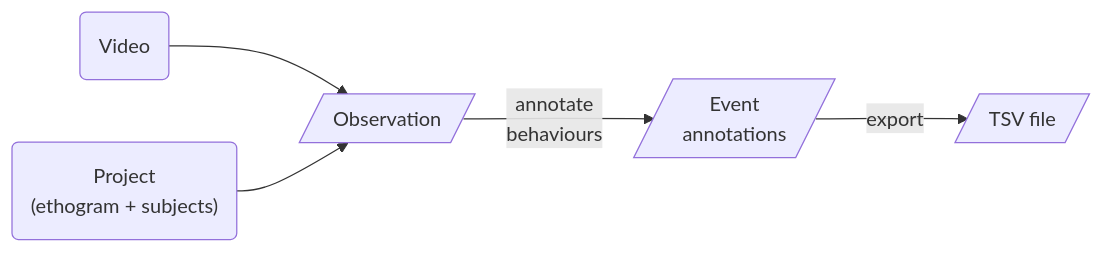
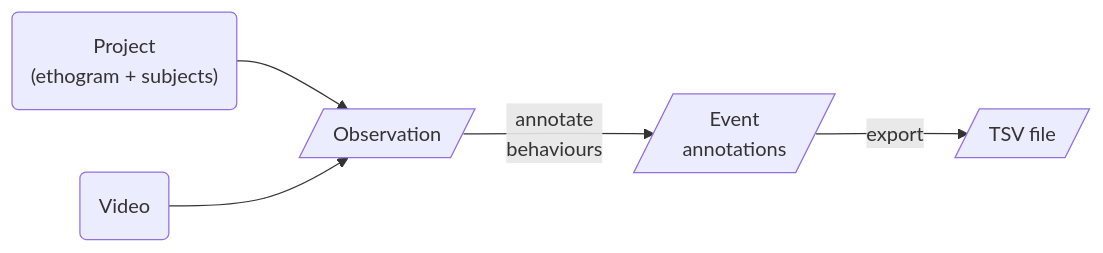
One commit to neuroinformatics-unit/course-animals-in-motion changed the diagram in book/07-boris-tutorial.qmd. Above: the diagram before and after it, drawn with Mermaid. The commit also changed other lines of this file and 6 other files, not shown here.

````diff
--- a/book/07-boris-tutorial.qmd
+++ b/book/07-boris-tutorial.qmd
@@ -35,7 +45,7 @@
 ```{mermaid}
 graph LR
+   project("Project<br>(ethogram + subjects)") --> obs
     video("Video") --> obs[/Observation/]
-    project("Project<br>(ethogram + subjects)") --> obs
     obs --> |"annotate<br>behaviours"| events[/Event<br>annotations/]
     events --> |export| tsv[/TSV file/]
 ```
````
